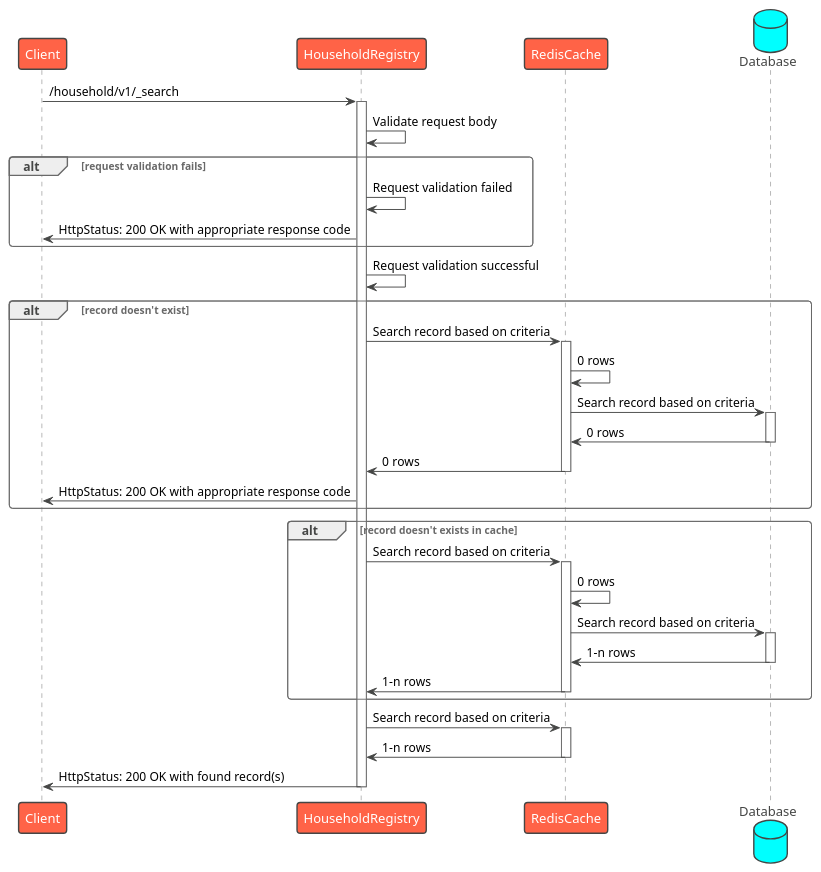
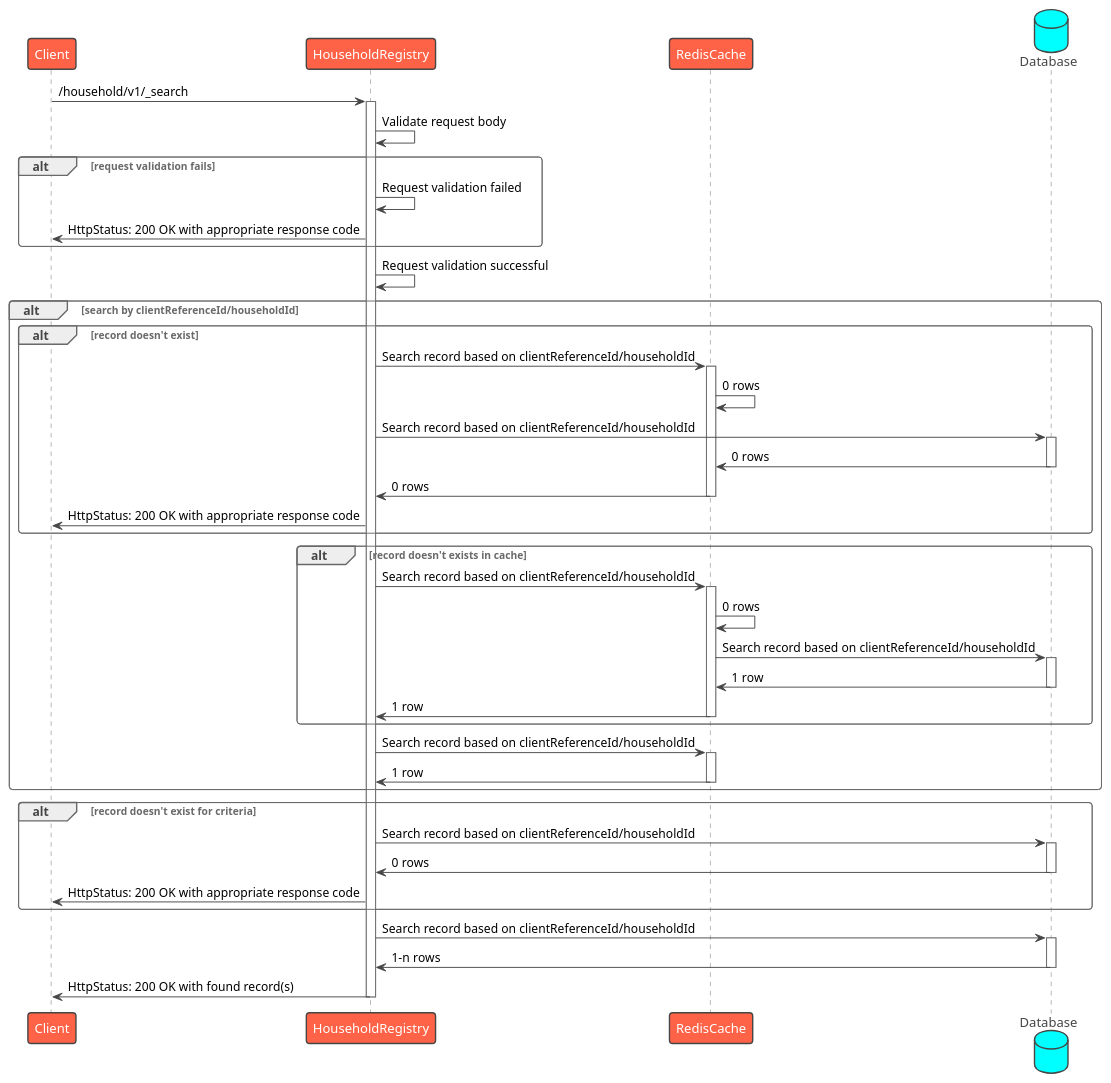
One commit to egovernments/health-api-specs changed the diagram in contracts/registries/household/sequence/search.puml. Above: the diagram before and after it, drawn with PlantUML. The commit also changed 5 other files, not shown here.

Commit message:
Sequence: Replaced txnId with clientReferenceId

```diff
--- a/contracts/registries/household/sequence/search.puml
+++ b/contracts/registries/household/sequence/search.puml
@@ -1,44 +1,57 @@
 @startuml Household Registry - Search
 !theme vibrant
 participant Client as c
 participant HouseholdRegistry as hr
 participant RedisCache as rc
 database Database as db
 c -> hr : /household/v1/_search
 activate hr
 hr -> hr: Validate request body
 alt request validation fails
     hr -> hr: Request validation failed
     hr -> c: HttpStatus: 200 OK with appropriate response code
 end
 hr -> hr: Request validation successful
-alt record doesn't exist
-    hr -> rc: Search record based on criteria
-    activate rc
-    rc -> rc: 0 rows
-    rc -> db: Search record based on criteria
+alt search by clientReferenceId/householdId
+    alt record doesn't exist
+        hr -> rc: Search record based on clientReferenceId/householdId
+        activate rc
+        rc -> rc: 0 rows
+        hr -> db: Search record based on clientReferenceId/householdId
+        activate db
+        db -> rc: 0 rows
+        deactivate db
+        rc -> hr: 0 rows
+        deactivate rc
+        hr -> c: HttpStatus: 200 OK with appropriate response code
+    end
+    alt record doesn't exists in cache
+        hr -> rc: Search record based on clientReferenceId/householdId
+        activate rc
+        rc -> rc: 0 rows
+        rc -> db: Search record based on clientReferenceId/householdId
+        activate db
+        db -> rc: 1 row
+        deactivate db
+        rc -> hr: 1 row
+        deactivate rc
+    end
+hr -> rc: Search record based on clientReferenceId/householdId
+activate rc
+rc -> hr: 1 row
+deactivate rc
+end
+alt record doesn't exist for criteria
+    hr -> db: Search record based on clientReferenceId/householdId
     activate db
-    db -> rc: 0 rows
+    db -> hr: 0 rows
     deactivate db
-    rc -> hr: 0 rows
-    deactivate rc
     hr -> c: HttpStatus: 200 OK with appropriate response code
 end
-alt record doesn't exists in cache
-    hr -> rc: Search record based on criteria
-    activate rc
-    rc -> rc: 0 rows
-    rc -> db: Search record based on criteria
-    activate db
-    db -> rc: 1-n rows
-    deactivate db
-    rc -> hr: 1-n rows
-    deactivate rc
-end
-hr -> rc: Search record based on criteria
-activate rc
-rc -> hr: 1-n rows
-deactivate rc
+hr -> db: Search record based on clientReferenceId/householdId
+activate db
+db -> hr: 1-n rows
+deactivate db
 hr -> c: HttpStatus: 200 OK with found record(s)
 deactivate hr
 @enduml
```
